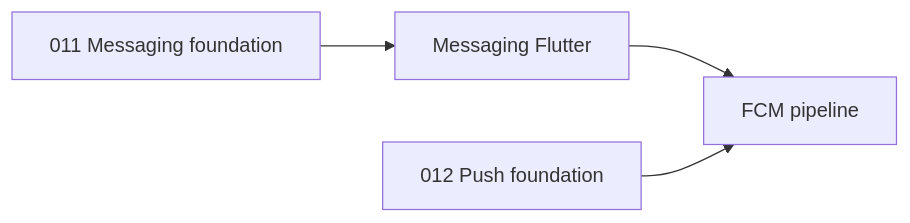
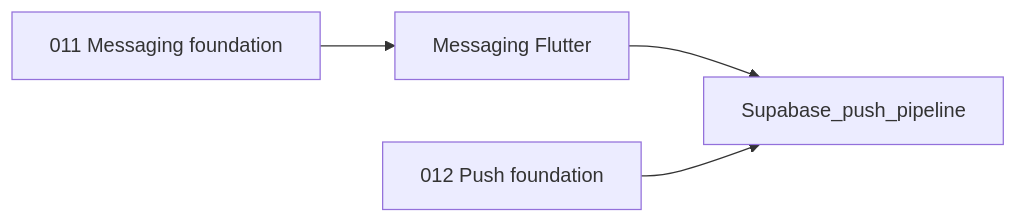
Before and after one commit to abdulsamadaidid-code/Schoolify: the diagram in docs/wave5_plan.md, drawn with Mermaid. The commit also changed other lines of this file and 7 other files, not shown here.

First line of the commit message:
Switch Track B push strategy from Firebase/FCM to Supabase push

````diff
--- a/docs/wave5_plan.md
+++ b/docs/wave5_plan.md
@@ -181,11 +180,11 @@
 ```mermaid
 flowchart LR
   MsgDB[011 Messaging foundation]
   MsgUI[Messaging Flutter]
   PushDB[012 Push foundation]
-  PushSvc[FCM pipeline]
+  PushSvc[Supabase_push_pipeline]
 
   MsgDB --> MsgUI
   MsgUI --> PushSvc
   PushDB --> PushSvc
 ```
````
